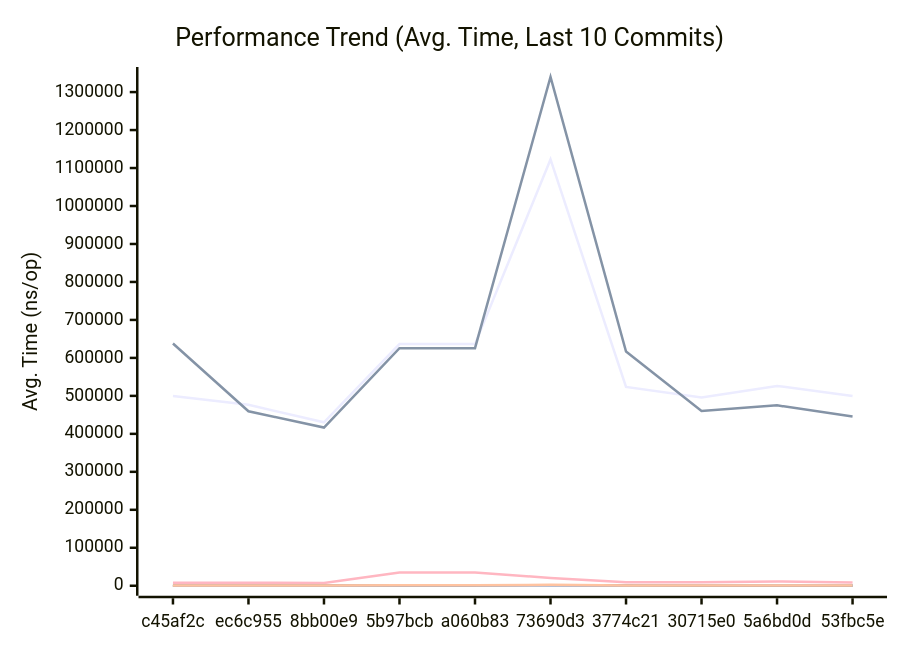
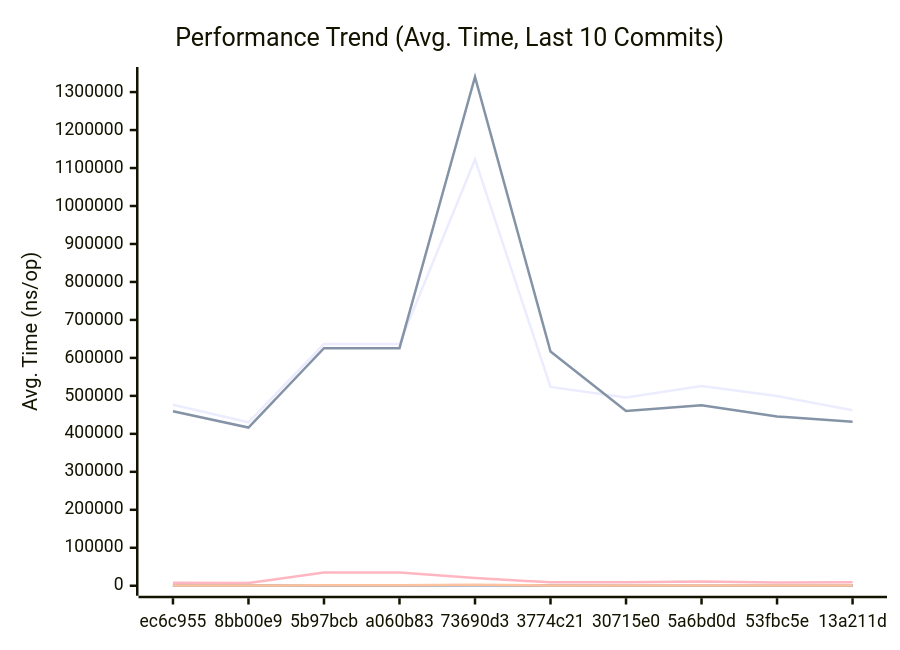
One commit to alsotoes/momo changed the first of 3 diagrams in docs/PERFORMANCE.md. Above: the diagram before and after it, drawn with Mermaid. The commit also changed other lines of this file and 3 other files, not shown here.

````diff
--- a/docs/PERFORMANCE.md
+++ b/docs/PERFORMANCE.md
@@ -145,20 +145,20 @@
 ```mermaid
 xychart-beta
     title "Performance Trend (Avg. Time, Last 10 Commits)"
     x-axis "Commit"
     y-axis "Avg. Time (ns/op)"
-    x-axis [c45af2c,ec6c955,8bb00e9,5b97bcb,a060b83,73690d3,3774c21,30715e0,5a6bd0d,53fbc5e]
-    line "AWSChunkedReaderSigned" [499698,476394,430367,636323,636323,1122523,523462,495636,526187,499710]
-    line "AWSChunkedReaderUnsigned" [637971,459420,416513,625607,625607,1339704,616920,460494,474985,445923]
-    line "CheckMetricsAndSwap" [9,8,8,19,19,26,13,11,9,10]
-    line "CrushOptimized" [318,348,309,680,680,668,404,465,338,334]
-    line "CrushOriginal" [682,547,422,752,752,1263,789,466,508,437]
-    line "IndexDirectTracking" [0,0,0,0,0,1,1,0,0,0]
-    line "IndexSearch" [3,3,3,3,3,4,2,3,3,3]
-    line "LoadGlobalConfig" [8029,8057,7072,34747,34747,20485,8970,9224,11173,8541]
-    line "PadString" [49,48,39,128,128,128,43,48,49,42]
+    x-axis [ec6c955,8bb00e9,5b97bcb,a060b83,73690d3,3774c21,30715e0,5a6bd0d,53fbc5e,13a211d]
+    line "AWSChunkedReaderSigned" [476394,430367,636323,636323,1122523,523462,495636,526187,499710,461886]
+    line "AWSChunkedReaderUnsigned" [459420,416513,625607,625607,1339704,616920,460494,474985,445923,431657]
+    line "CheckMetricsAndSwap" [8,8,19,19,26,13,11,9,10,9]
+    line "CrushOptimized" [348,309,680,680,668,404,465,338,334,350]
+    line "CrushOriginal" [547,422,752,752,1263,789,466,508,437,504]
+    line "IndexDirectTracking" [0,0,0,0,1,1,0,0,0,0]
+    line "IndexSearch" [3,3,3,3,4,2,3,3,3,3]
+    line "LoadGlobalConfig" [8057,7072,34747,34747,20485,8970,9224,11173,8541,8919]
+    line "PadString" [48,39,128,128,128,43,48,49,42,41]
     line "ParseReplicationOrder_NoPrealloc" [350,349,357,354,345,225,229,165,232,234]
     line "ParseReplicationOrder_Prealloc" [229,231,237,234,229,108,107,80,110,109]
-    line "SanitizeLog/Safe" [548,506,417,827,827,1308,563,313,284,240]
-    line "SanitizeLog/Unsafe" [670,548,504,1598,1598,2365,598,812,896,723]
+    line "SanitizeLog/Safe" [506,417,827,827,1308,563,313,284,240,213]
+    line "SanitizeLog/Unsafe" [548,504,1598,1598,2365,598,812,896,723,708]
 ```
````
